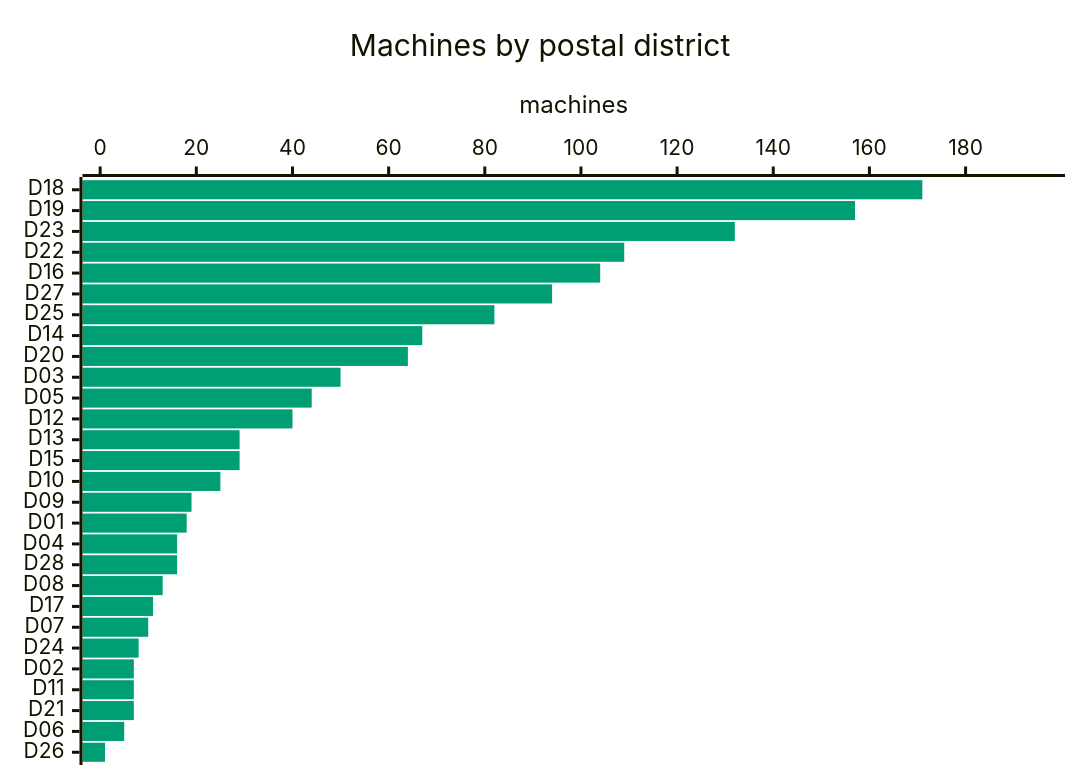
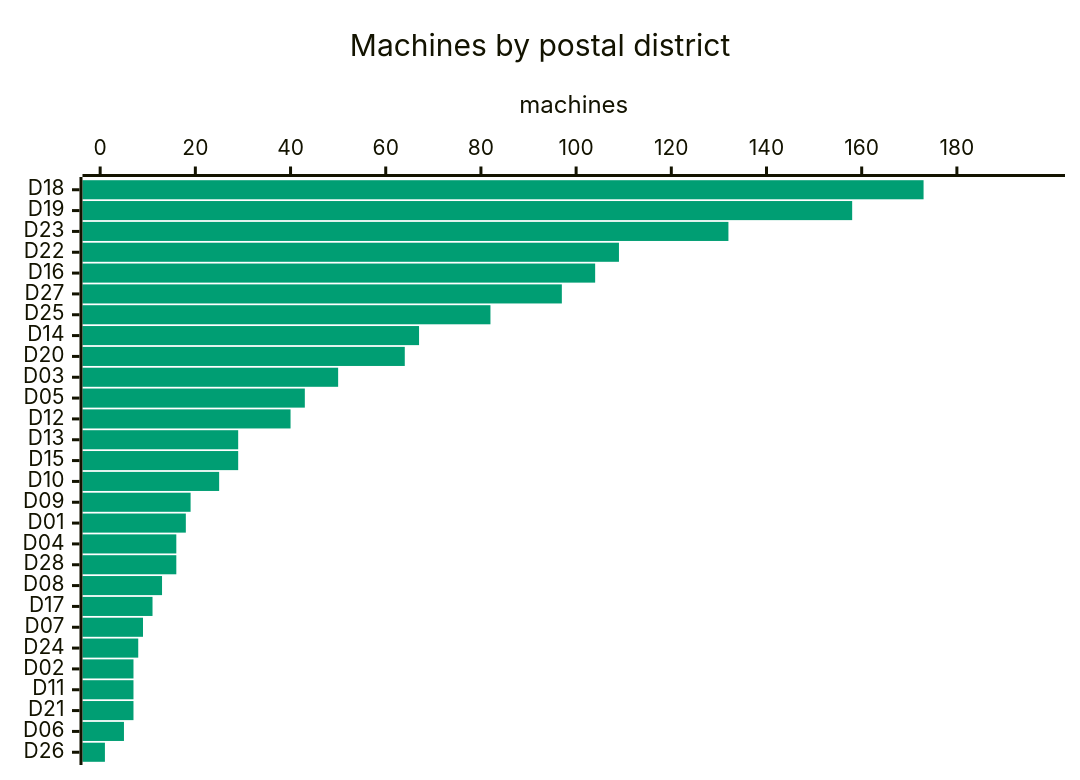
The third of 5 diagrams in ANALYSIS.md (cheeaun/returnright-data), drawn with Mermaid before and after one commit. The commit also changed other lines of this file and 3 other files, not shown here.

````diff
--- a/ANALYSIS.md
+++ b/ANALYSIS.md
@@ -82,16 +84,16 @@
 ```mermaid
 ---
 config:
   themeVariables:
     xyChart:
       plotColorPalette: "#009E73"
   xyChart:
     chartOrientation: "horizontal"
     plotReservedSpacePercent: 40
 ---
 xychart-beta
     title "Machines by postal district"
     x-axis ["D18", "D19", "D23", "D22", "D16", "D27", "D25", "D14", "D20", "D03", "D05", "D12", "D13", "D15", "D10", "D09", "D01", "D04", "D28", "D08", "D17", "D07", "D24", "D02", "D11", "D21", "D06", "D26"]
-    y-axis "machines" 0 --> 197
-    bar [171, 157, 132, 109, 104, 94, 82, 67, 64, 50, 44, 40, 29, 29, 25, 19, 18, 16, 16, 13, 11, 10, 8, 7, 7, 7, 5, 1]
+    y-axis "machines" 0 --> 199
+    bar [173, 158, 132, 109, 104, 97, 82, 67, 64, 50, 43, 40, 29, 29, 25, 19, 18, 16, 16, 13, 11, 9, 8, 7, 7, 7, 5, 1]
 ```
````
